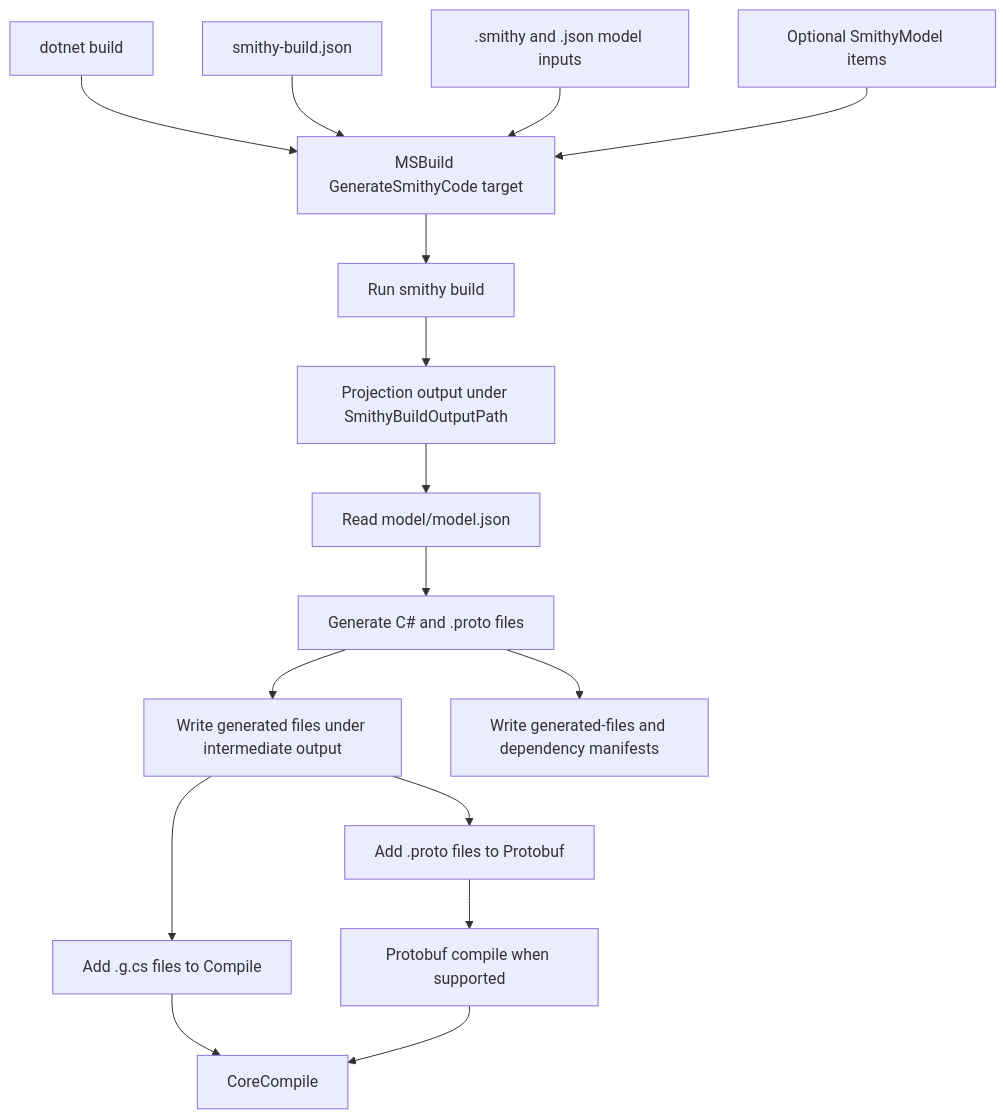
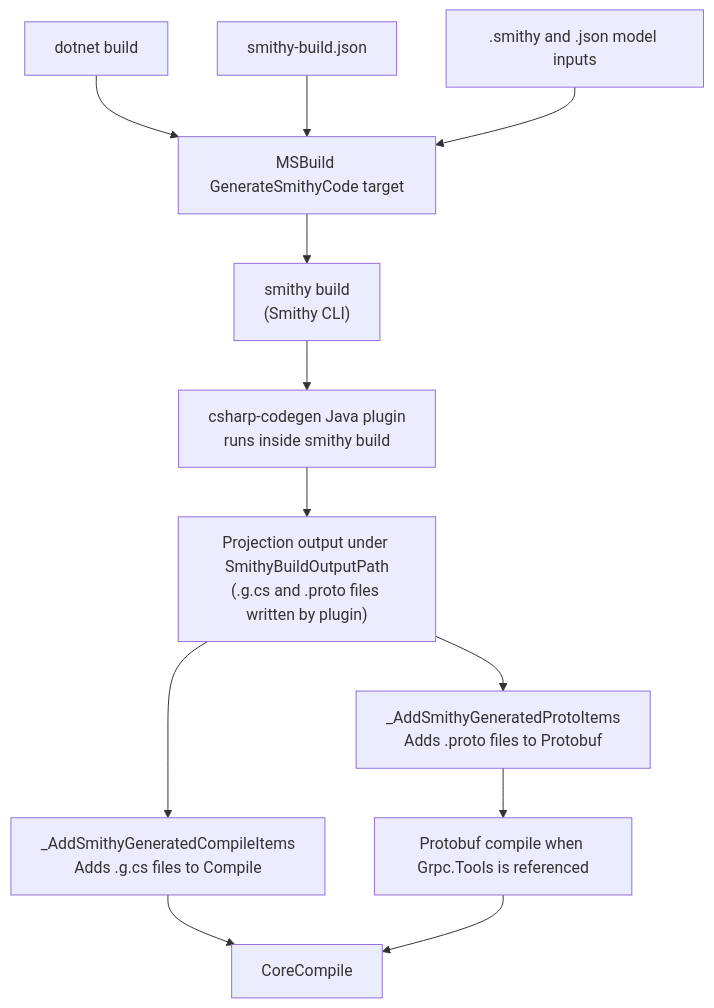
The diagram in docs/msbuild.md (thomaslaich/smithy-dotnet), drawn with Mermaid before and after one commit. The commit also changed other lines of this file and 7 other files, not shown here.

Commit message:
Add design documentation and codegen architecture details

````diff
--- a/docs/msbuild.md
+++ b/docs/msbuild.md
@@ -17,21 +17,16 @@
 ```mermaid
 flowchart TD
     A[dotnet build] --> B[MSBuild GenerateSmithyCode target]
     C[smithy-build.json]
     D[.smithy and .json model inputs]
-    E[Optional SmithyModel items]
     C --> B
     D --> B
-    E --> B
-    B --> F[Run smithy build]
-    F --> G[Projection output under SmithyBuildOutputPath]
-    G --> H[Read model/model.json]
-    H --> I[Generate C# and .proto files]
-    I --> J[Write generated files under intermediate output]
-    I --> K[Write generated-files and dependency manifests]
-    J --> L[Add .g.cs files to Compile]
-    J --> M[Add .proto files to Protobuf]
-    M --> N[Protobuf compile when supported]
+    B --> F["smithy build\n(Smithy CLI)"]
+    F --> P["csharp-codegen Java plugin\nruns inside smithy build"]
+    P --> G["Projection output under SmithyBuildOutputPath\n(.g.cs and .proto files written by plugin)"]
+    G --> L["_AddSmithyGeneratedCompileItems\nAdds .g.cs files to Compile"]
+    G --> M["_AddSmithyGeneratedProtoItems\nAdds .proto files to Protobuf"]
+    M --> N[Protobuf compile when Grpc.Tools is referenced]
     L --> O[CoreCompile]
     N --> O
 ```
````
